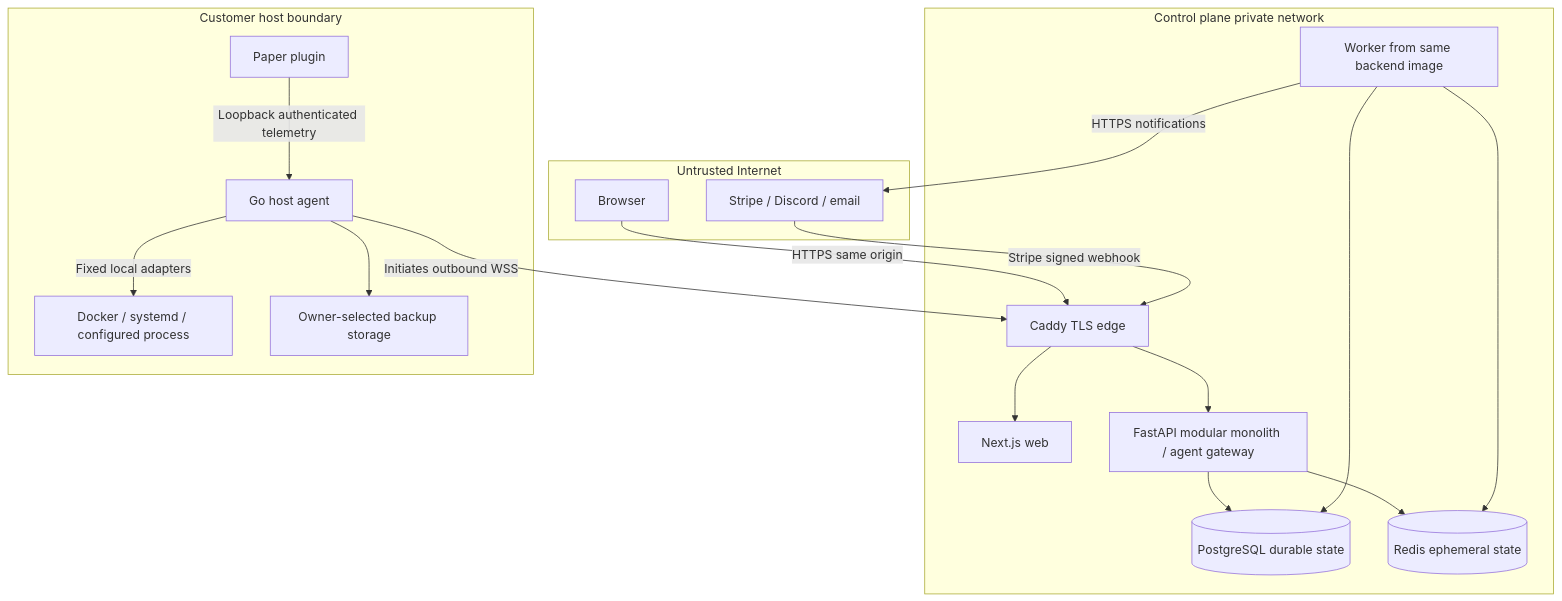
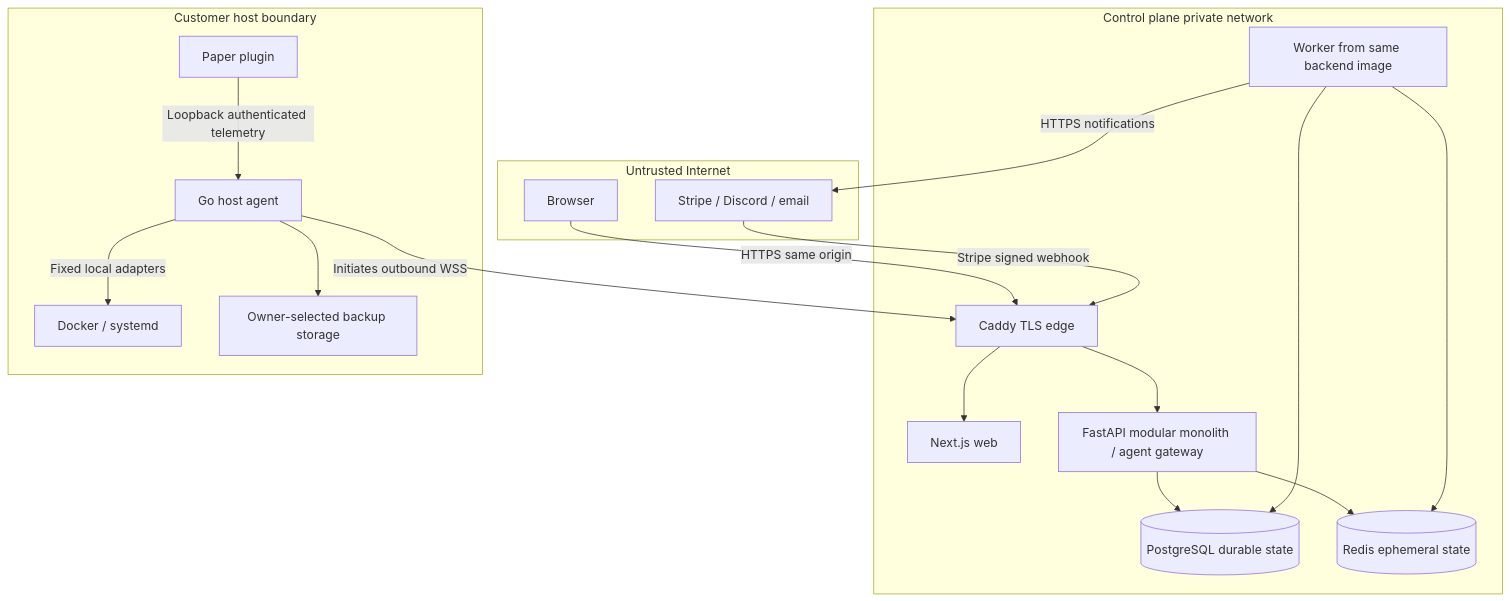
One commit to ridhgrg-dev/mineCraftServerMonitor changed the first of 3 diagrams in docs/architecture.md. Above: the diagram before and after it, drawn with Mermaid. The commit also changed other lines of this file and 138 other files, not shown here.

````diff
--- a/docs/architecture.md
+++ b/docs/architecture.md
@@ -7,34 +7,34 @@
 ```mermaid
 flowchart TB
   subgraph Public[Untrusted Internet]
     Browser[Browser]
     Services[Stripe / Discord / email]
   end
   subgraph Plane[Control plane private network]
     Caddy[Caddy TLS edge]
     Web[Next.js web]
     API[FastAPI modular monolith / agent gateway]
     Worker[Worker from same backend image]
     PG[(PostgreSQL durable state)]
     Redis[(Redis ephemeral state)]
     Caddy --> Web
     Caddy --> API
     API --> PG
     API --> Redis
     Worker --> PG
     Worker --> Redis
   end
   subgraph Customer[Customer host boundary]
     Agent[Go host agent]
     Plugin[Paper plugin]
-    Runtime[Docker / systemd / configured process]
+    Runtime[Docker / systemd]
     Backup[Owner-selected backup storage]
     Plugin -->|Loopback authenticated telemetry| Agent
     Agent -->|Fixed local adapters| Runtime
     Agent --> Backup
   end
   Browser -->|HTTPS same origin| Caddy
   Agent -->|Initiates outbound WSS| Caddy
   Services -->|Stripe signed webhook| Caddy
   Worker -->|HTTPS notifications| Services
 ```
````
